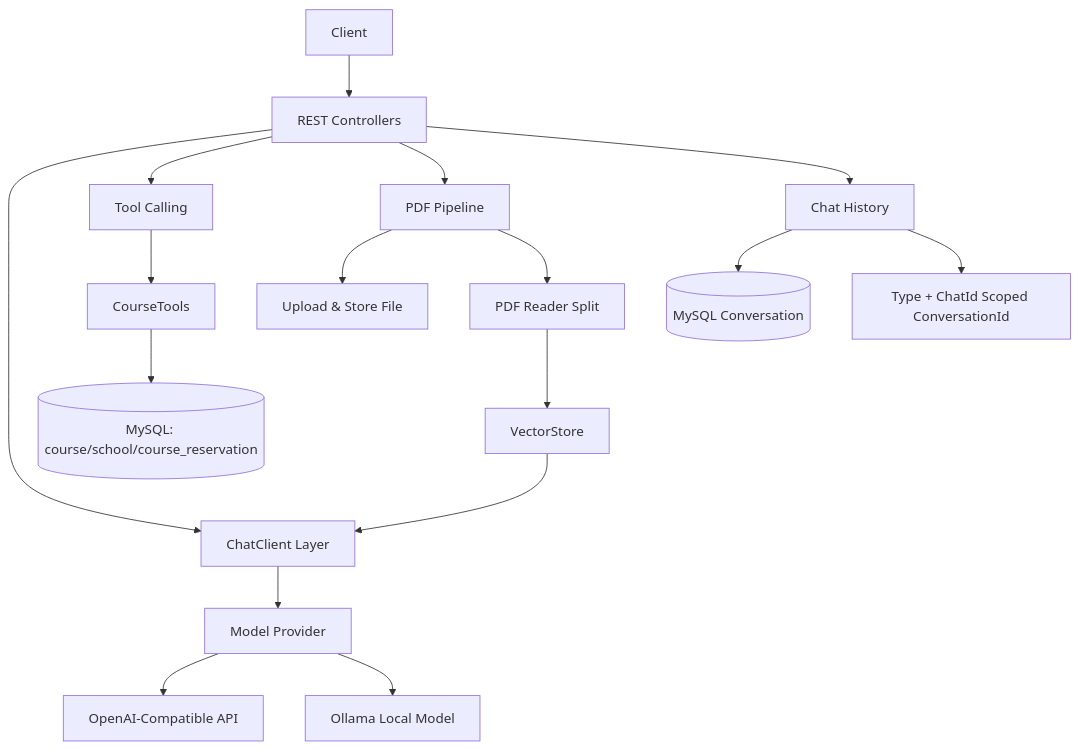
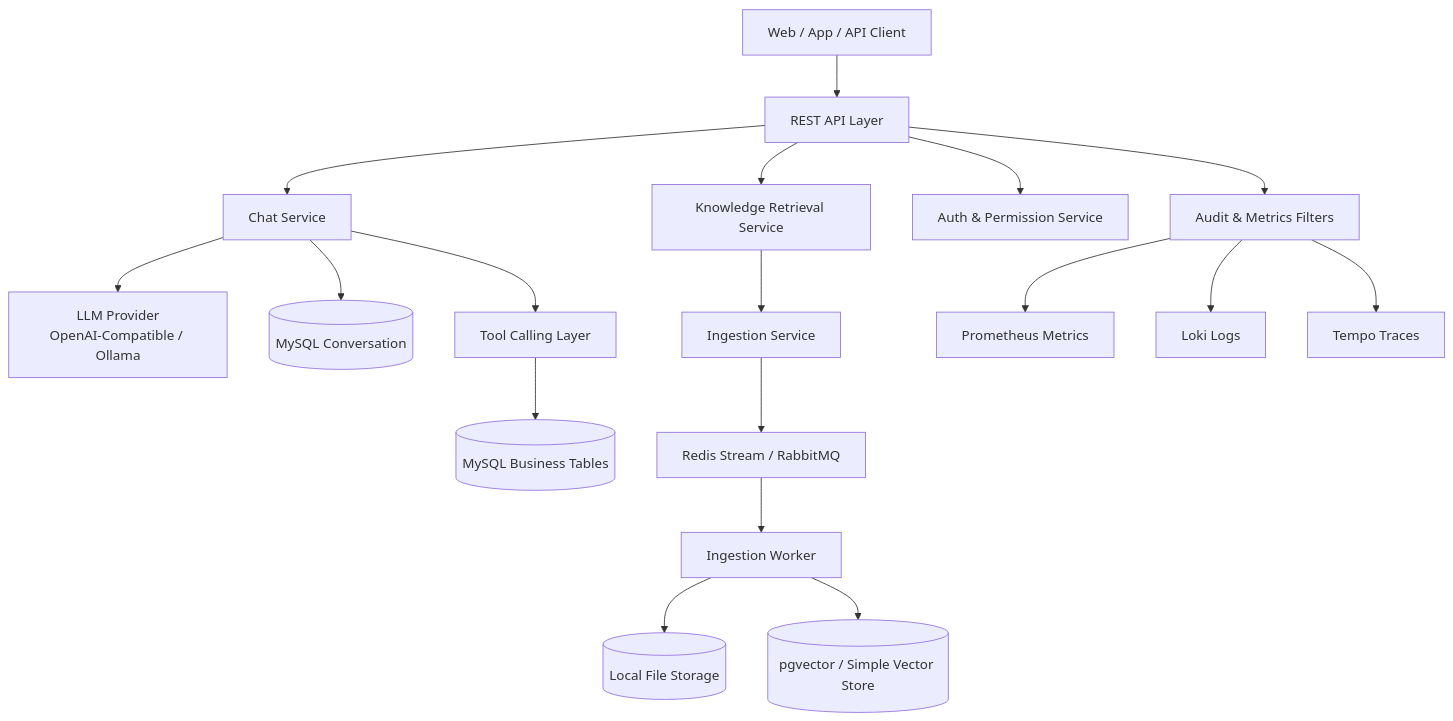
One commit to however-yir/knowledgeops-agent changed the diagram in README.md. Above: the diagram before and after it, drawn with Mermaid. The commit also changed other lines of this file and 5 other files, not shown here.

````diff
--- a/README.md
+++ b/README.md
@@ -86,22 +87,25 @@
 ```mermaid
 flowchart TD
-    A[Client] --> B[REST Controllers]
-    B --> C[ChatClient Layer]
-    C --> D[Model Provider]
-    D --> D1[OpenAI-Compatible API]
-    D --> D2[Ollama Local Model]
+    Client[Web / App / API Client] --> Gateway[REST API Layer]
 
-    B --> E[Tool Calling]
-    E --> E1[CourseTools]
-    E1 --> E2[(MySQL: course/school/course_reservation)]
+    Gateway --> Chat[Chat Service]
+    Gateway --> RAG[Knowledge Retrieval Service]
+    Gateway --> Auth[Auth & Permission Service]
+    Gateway --> Audit[Audit & Metrics Filters]
 
-    B --> F[PDF Pipeline]
-    F --> F1[Upload & Store File]
-    F --> F2[PDF Reader Split]
-    F2 --> F3[VectorStore]
-    F3 --> C
+    Chat --> LLM[LLM Provider\nOpenAI-Compatible / Ollama]
+    Chat --> Memory[(MySQL Conversation)]
 
-    B --> G[Chat History]
-    G --> G1[(MySQL Conversation)]
-    G --> G2[Type + ChatId Scoped ConversationId]
+    RAG --> Ingestion[Ingestion Service]
+    Ingestion --> Queue[Redis Stream / RabbitMQ]
+    Queue --> Worker[Ingestion Worker]
+    Worker --> FileStore[(Local File Storage)]
+    Worker --> Vector[(pgvector / Simple Vector Store)]
+
+    Chat --> Tools[Tool Calling Layer]
+    Tools --> BizDB[(MySQL Business Tables)]
+
+    Audit --> Metrics[Prometheus Metrics]
+    Audit --> Logs[Loki Logs]
+    Audit --> Trace[Tempo Traces]
 ```
````
